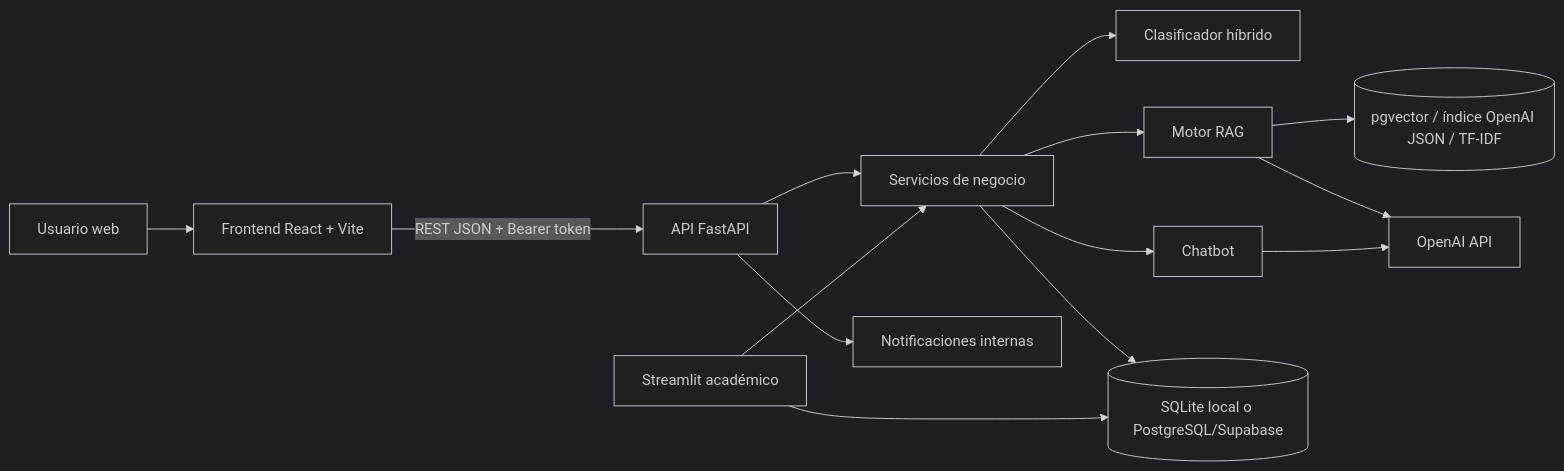
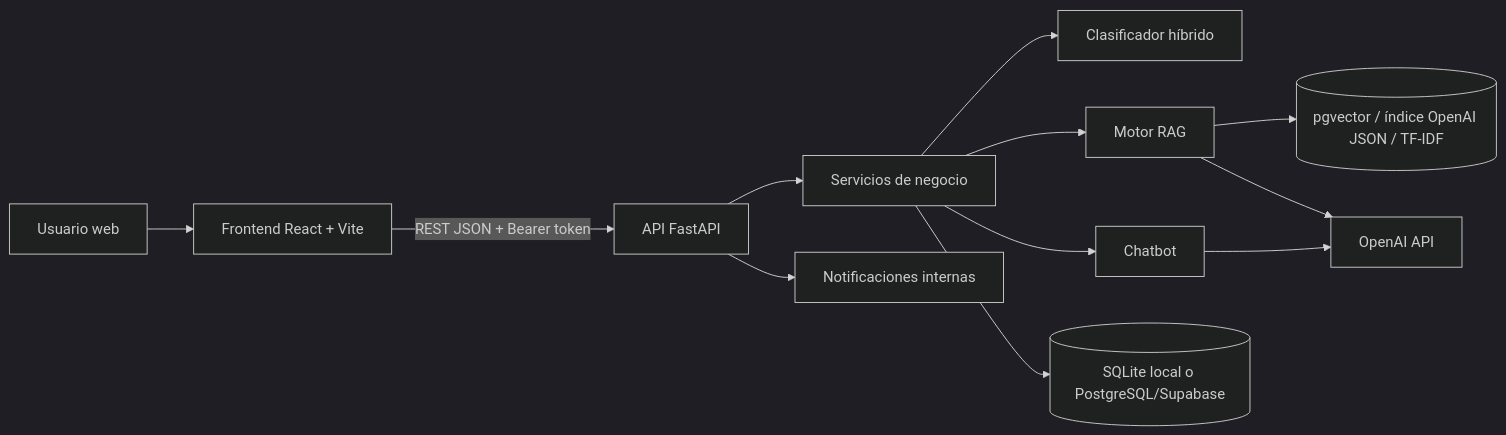
Before and after one commit to Jhanfranco07/Clasificador-de-Reclamos: the first of 4 diagrams in DOCUMENTACION_TECNICA_COMPLETA.md, drawn with Mermaid (dark theme). The commit also changed other lines of this file and 17 other files, not shown here.

````diff
--- a/DOCUMENTACION_TECNICA_COMPLETA.md
+++ b/DOCUMENTACION_TECNICA_COMPLETA.md
@@ -223,16 +197,14 @@
 ```mermaid
 flowchart LR
     U[Usuario web] --> F[Frontend React + Vite]
     F -->|REST JSON + Bearer token| A[API FastAPI]
     A --> S[Servicios de negocio]
     S --> C[Clasificador híbrido]
     S --> R[Motor RAG]
     S --> H[Chatbot]
     S --> D[(SQLite local o PostgreSQL/Supabase)]
     R --> V[(pgvector / índice OpenAI JSON / TF-IDF)]
     R --> O[OpenAI API]
     H --> O
     A --> N[Notificaciones internas]
-    ST[Streamlit académico] --> S
-    ST --> D
 ```
````
